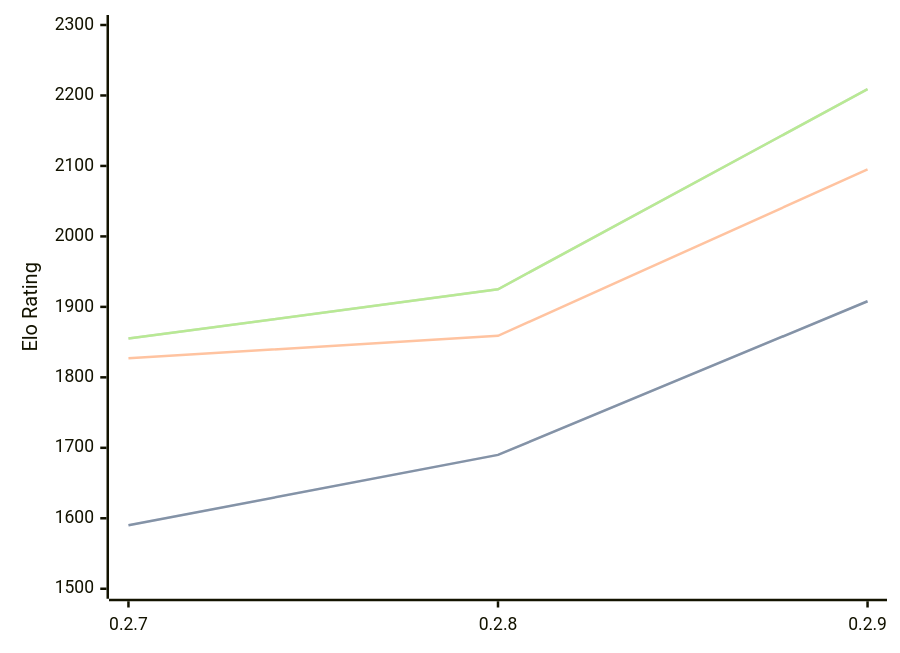
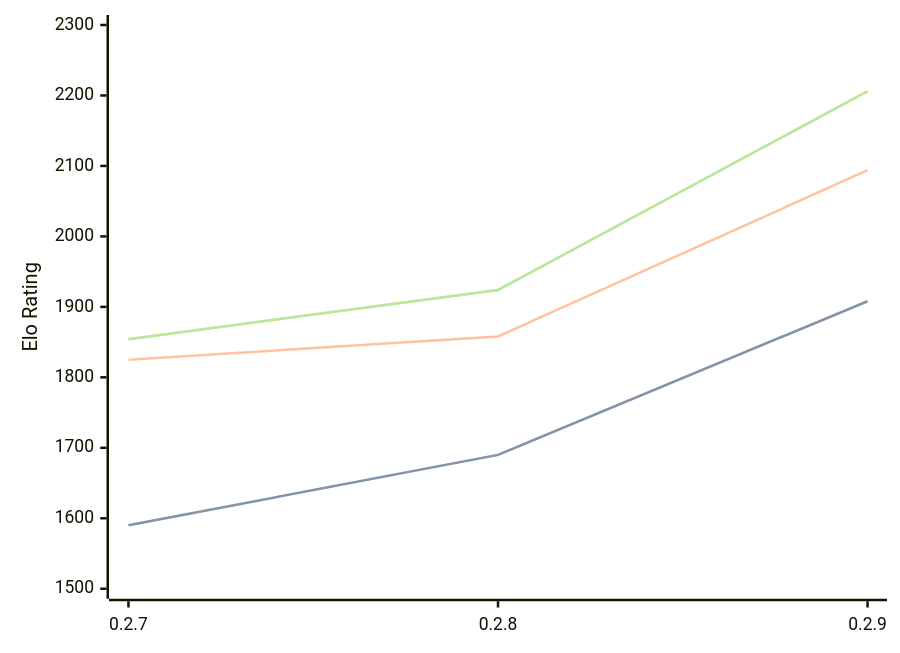
Before and after one commit to computer-chess-index/cci: the third of 3 diagrams in engines/Dual.md, drawn with Mermaid. The commit also changed other lines of this file, not shown here.

Commit message:
Update CCI Ratings (ELO VLTC) - 2026-06-26

````diff
--- a/engines/Dual.md
+++ b/engines/Dual.md
@@ -75,11 +75,11 @@
 ```mermaid
 %%{init: {"theme":"base","themeVariables":{"seriesColors:['#a3a3a3','#222221','#faa371']}}}%%
 xychart-beta
   x-axis ["0.2.7", "0.2.8", "0.2.9"]
   y-axis "Elo Rating" 1500 --> 2300
   line "STC (8.0+0.08s)" [1590, 1690, 1908]
   line "STC (8.0+0.08s)" [1590, 1690, 1908]
-  line "LTC (60.0+0.60s)" [1827, 1859, 2095]
-  line "VLTC (2m24s+1.12s)" [1855, 1925, 2209]
-  line "VLTC (2m24s+1.12s)" [1855, 1925, 2209]
+  line "LTC (60.0+0.60s)" [1825, 1858, 2094]
+  line "VLTC (2m24s+1.12s)" [1854, 1924, 2206]
+  line "VLTC (2m24s+1.12s)" [1854, 1924, 2206]
 ```
````
